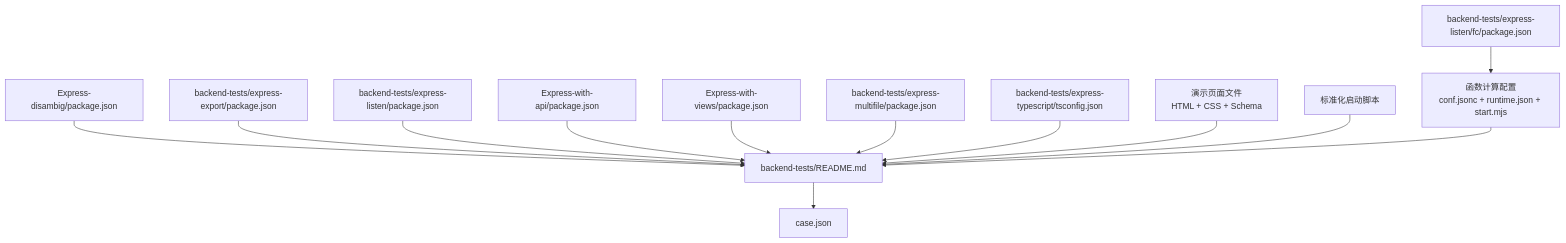
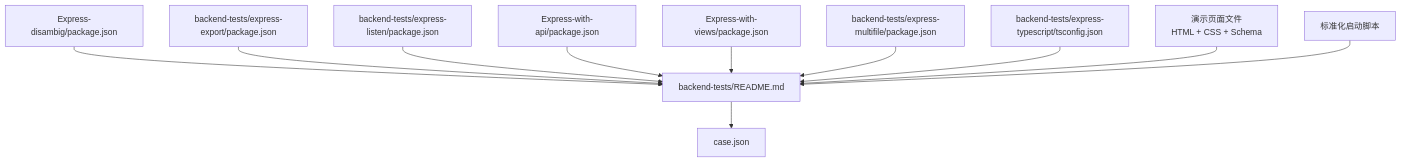
Before and after one commit to esa-sp/test-for-aone-ci: diagram 12 of 12 in .qoder/repowiki/zh/content/后端框架测试/Express框架测试.md, drawn with Mermaid. The commit also changed other lines of this file and 7 other files, not shown here.

Commit message:
chore: remove unused _shared template directory from backend-tests

````diff
--- a/.qoder/repowiki/zh/content/后端框架测试/Express框架测试.md
+++ b/.qoder/repowiki/zh/content/后端框架测试/Express框架测试.md
@@ -757,28 +636,24 @@
 ```mermaid
 graph TB
 P1["Express-disambig/package.json"]
 P2["backend-tests/express-export/package.json"]
 P3["backend-tests/express-listen/package.json"]
-P3FC["backend-tests/express-listen/fc/package.json"]
 P4["Express-with-api/package.json"]
 P5["Express-with-views/package.json"]
 P6["backend-tests/express-multifile/package.json"]
 P7["backend-tests/express-typescript/tsconfig.json"]
 DP["演示页面文件<br/>HTML + CSS + Schema"]
 RS["标准化启动脚本"]
-FC["函数计算配置<br/>conf.jsonc + runtime.json + start.mjs"]
 R["backend-tests/README.md"]
 C["case.json"]
 P1 --> R
 P2 --> R
 P3 --> R
-P3FC --> FC
 P4 --> R
 P5 --> R
 P6 --> R
 P7 --> R
 DP --> R
 RS --> R
-FC --> R
 R --> C
 ```
````
